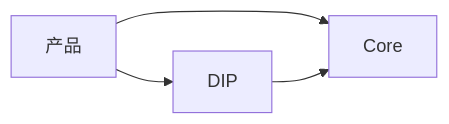
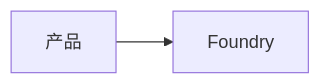
One commit to openbkn-ai/bkn-foundry changed the diagram in rules/ARCHITECTURE.zh.md. Above: the diagram before and after it, drawn with Mermaid. The commit also changed other lines of this file and 13 other files, not shown here.

First line of the commit message:
docs(rules): debrand to BKN Foundry/openbkn; rename Core→Foundry; retire DIP/ISF/dataflow (#110)

````diff
--- a/rules/ARCHITECTURE.zh.md
+++ b/rules/ARCHITECTURE.zh.md
@@ -17,6 +15,4 @@
 ```mermaid
 flowchart LR
-  Product[产品] --> DIP[DIP]
-  Product --> Core[Core]
-  DIP --> Core
+  Product[产品] --> Foundry[Foundry]
 ```
````
